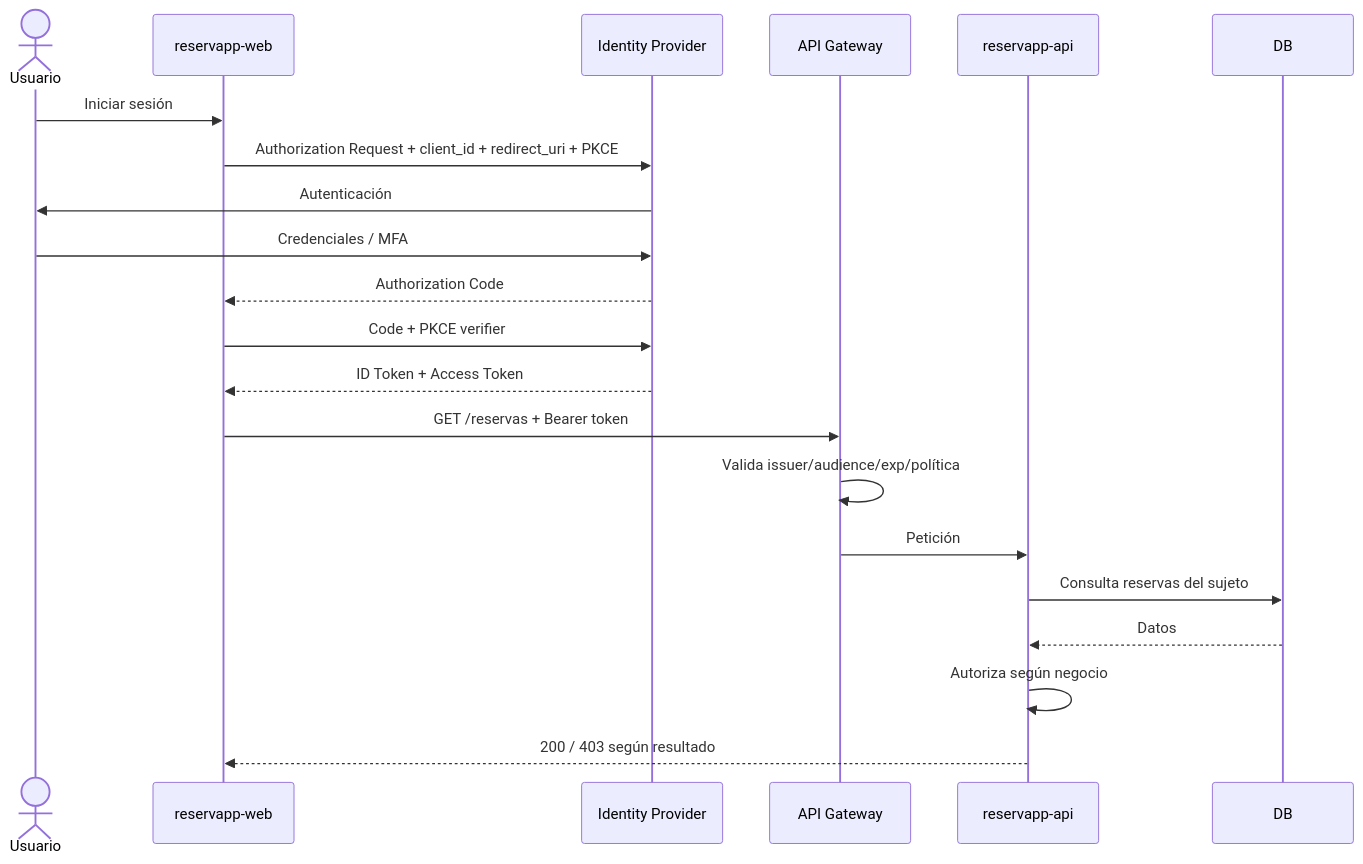
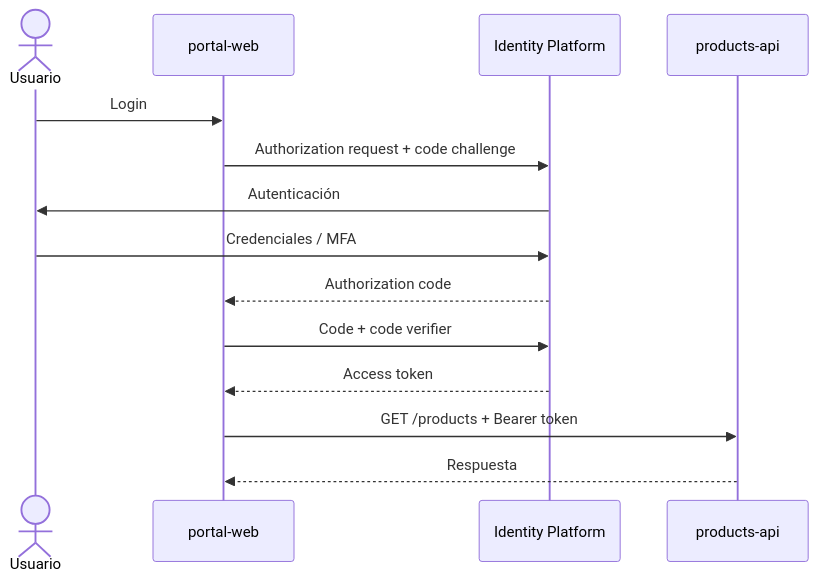
One commit to cmartinezs/DSY1107-DESARROLLO-CLOUD-NATIVE-I-2026-2 changed the sixth of 6 diagrams in semanas/semana-02/04-configurando-apps-idaas.md. Above: the diagram before and after it, drawn with Mermaid. The commit also changed other lines of this file, not shown here.

Commit message:
docs: fix app registration content and GitHub-safe Mermaid

````diff
--- a/semanas/semana-02/04-configurando-apps-idaas.md
+++ b/semanas/semana-02/04-configurando-apps-idaas.md
@@ -384,24 +164,17 @@
 ```mermaid
 sequenceDiagram
     actor U as Usuario
-    participant W as reservapp-web
-    participant I as Identity Provider
-    participant G as API Gateway
-    participant A as reservapp-api
-    participant D as DB
+    participant C as portal-web
+    participant I as Identity Platform
+    participant A as products-api
 
-    U->>W: Iniciar sesión
-    W->>I: Authorization Request + client_id + redirect_uri + PKCE
+    U->>C: Login
+    C->>I: Authorization request + code challenge
     I->>U: Autenticación
     U->>I: Credenciales / MFA
-    I-->>W: Authorization Code
-    W->>I: Code + PKCE verifier
-    I-->>W: ID Token + Access Token
-    W->>G: GET /reservas + Bearer token
-    G->>G: Valida issuer/audience/exp/política
-    G->>A: Petición
-    A->>D: Consulta reservas del sujeto
-    D-->>A: Datos
-    A->>A: Autoriza según negocio
-    A-->>W: 200 / 403 según resultado
+    I-->>C: Authorization code
+    C->>I: Code + code verifier
+    I-->>C: Access token
+    C->>A: GET /products + Bearer token
+    A-->>C: Respuesta
 ```
````
